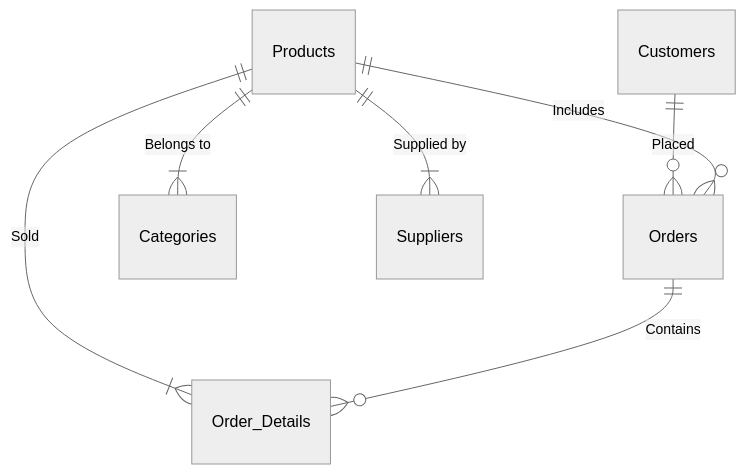
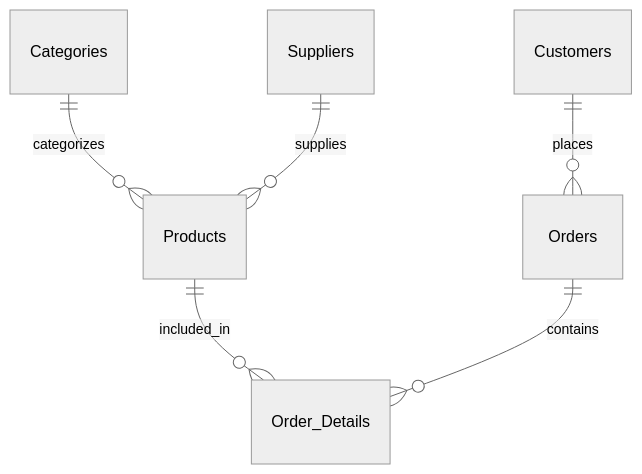
Before and after one commit to Aoof/lci-database-manager: the diagram in src/lib/components/report/report.md, drawn with Mermaid (neutral theme). The commit also changed other lines of this file and 1 other file, not shown here.

````diff
--- a/src/lib/components/report/report.md
+++ b/src/lib/components/report/report.md
@@ -93,15 +25,8 @@
 ```mermaid
 erDiagram
-    Customers
-    Products
-    Orders
-    Categories
-    Suppliers
-
-    Customers ||--o{ Orders : "Placed"
-    Products ||--o{ Orders : "Includes"
-    Products ||--|{ Order_Details : "Sold"
-    Orders ||--o{ Order_Details : "Contains"
-    Products ||--|{ Categories : "Belongs to"
-    Products ||--|{ Suppliers : "Supplied by"
+    Customers ||--o{ Orders : places
+    Categories ||--o{ Products : categorizes
+    Suppliers ||--o{ Products : supplies
+    Products ||--o{ Order_Details : included_in
+    Orders ||--o{ Order_Details : contains
 ```
````
